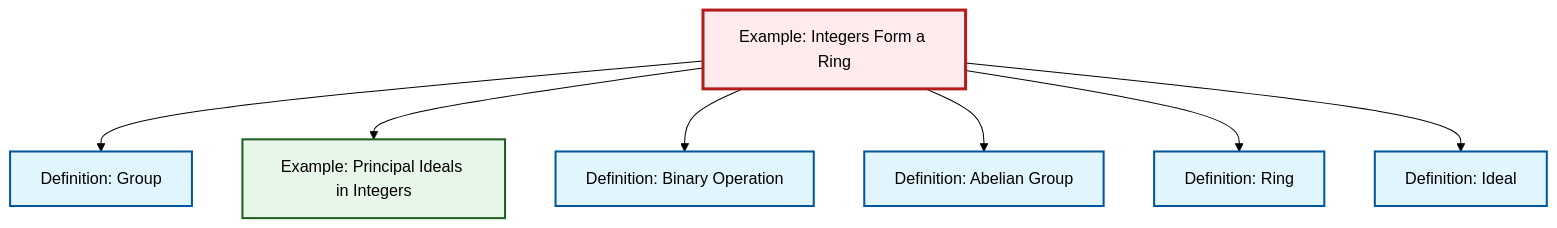
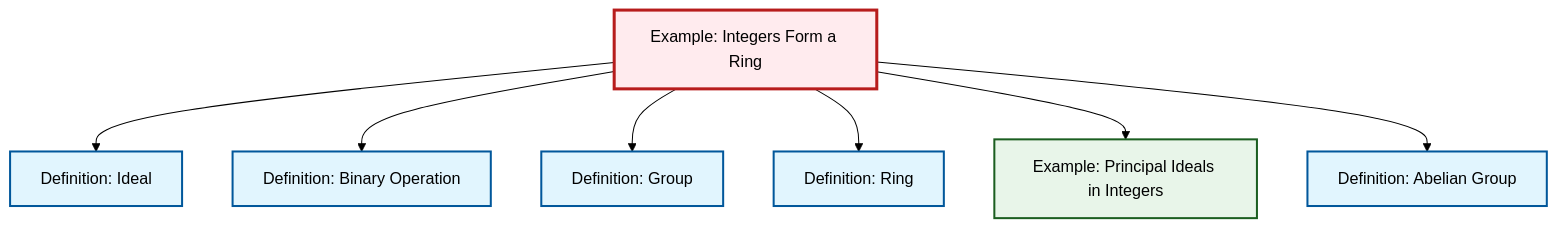
One commit to RK0429/ModernMath changed the diagram in content/ja/algebra/ex-integers-ring.qmd. Above: the diagram before and after it, drawn with Mermaid (forest theme). The commit also changed other lines of this file and 554 other files, not shown here.

````diff
--- a/content/ja/algebra/ex-integers-ring.qmd
+++ b/content/ja/algebra/ex-integers-ring.qmd
@@ -65,29 +65,29 @@
 ```{mermaid}
 %%| fig-cap: "Local dependency graph"
 graph TD
     classDef definition fill:#e1f5fe,stroke:#01579b,stroke-width:2px
     classDef theorem fill:#f3e5f5,stroke:#4a148c,stroke-width:2px
     classDef axiom fill:#fff3e0,stroke:#e65100,stroke-width:2px
     classDef example fill:#e8f5e9,stroke:#1b5e20,stroke-width:2px
     classDef current fill:#ffebee,stroke:#b71c1c,stroke-width:3px
+    def-ring["Definition: Ring"]:::definition
+    ex-principal-ideal["Example: Principal Ideals in Integers"]:::example
     def-ideal["Definition: Ideal"]:::definition
     def-abelian-group["Definition: Abelian Group"]:::definition
     def-group["Definition: Group"]:::definition
     ex-integers-ring["Example: Integers Form a Ring"]:::example
     def-binary-operation["Definition: Binary Operation"]:::definition
-    def-ring["Definition: Ring"]:::definition
-    ex-principal-ideal["Example: Principal Ideals in Integers"]:::example
+    ex-integers-ring --> def-ideal
+    ex-integers-ring --> def-binary-operation
     ex-integers-ring --> def-group
+    ex-integers-ring --> def-ring
     ex-integers-ring --> ex-principal-ideal
-    ex-integers-ring --> def-binary-operation
     ex-integers-ring --> def-abelian-group
-    ex-integers-ring --> def-ring
-    ex-integers-ring --> def-ideal
     class ex-integers-ring current
+    click def-ring "def-ring.html" "Definition: Ringへ"
+    click ex-principal-ideal "ex-principal-ideal.html" "Example: Principal Ideals in Integersへ"
     click def-ideal "def-ideal.html" "Definition: Idealへ"
     click def-abelian-group "def-abelian-group.html" "Definition: Abelian Groupへ"
     click def-group "def-group.html" "Definition: Groupへ"
     click def-binary-operation "def-binary-operation.html" "Definition: Binary Operationへ"
-    click def-ring "def-ring.html" "Definition: Ringへ"
-    click ex-principal-ideal "ex-principal-ideal.html" "Example: Principal Ideals in Integersへ"
 ```
````
